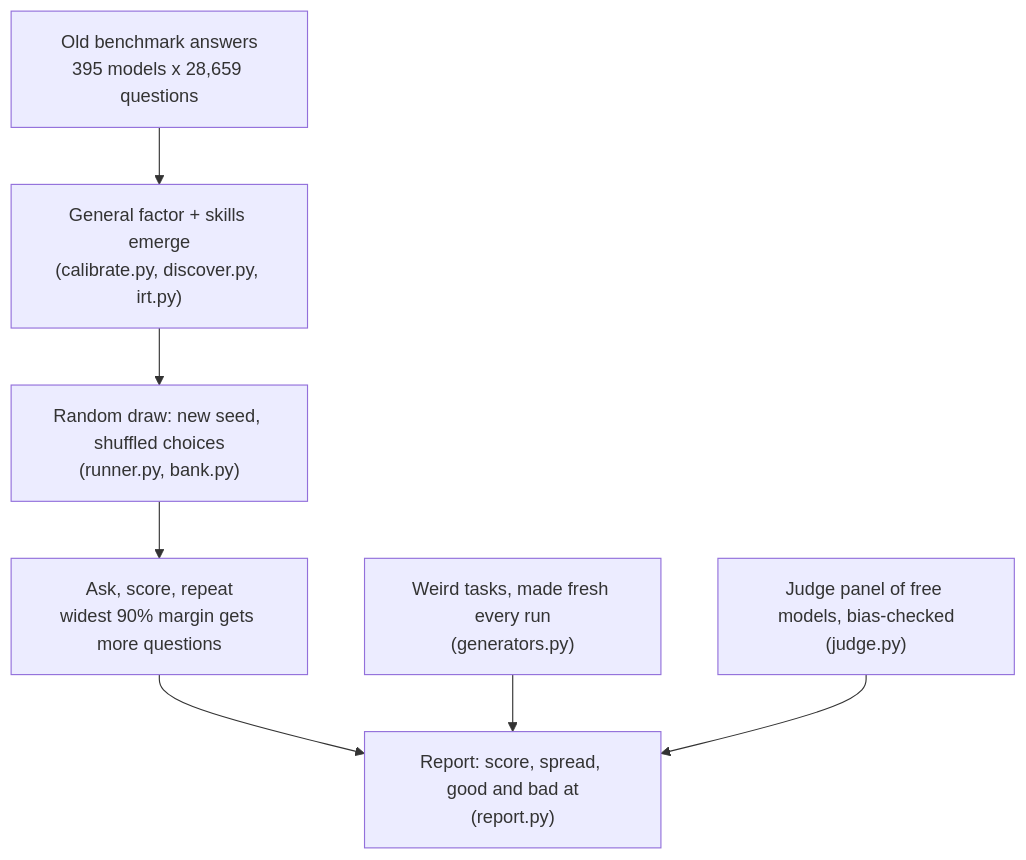
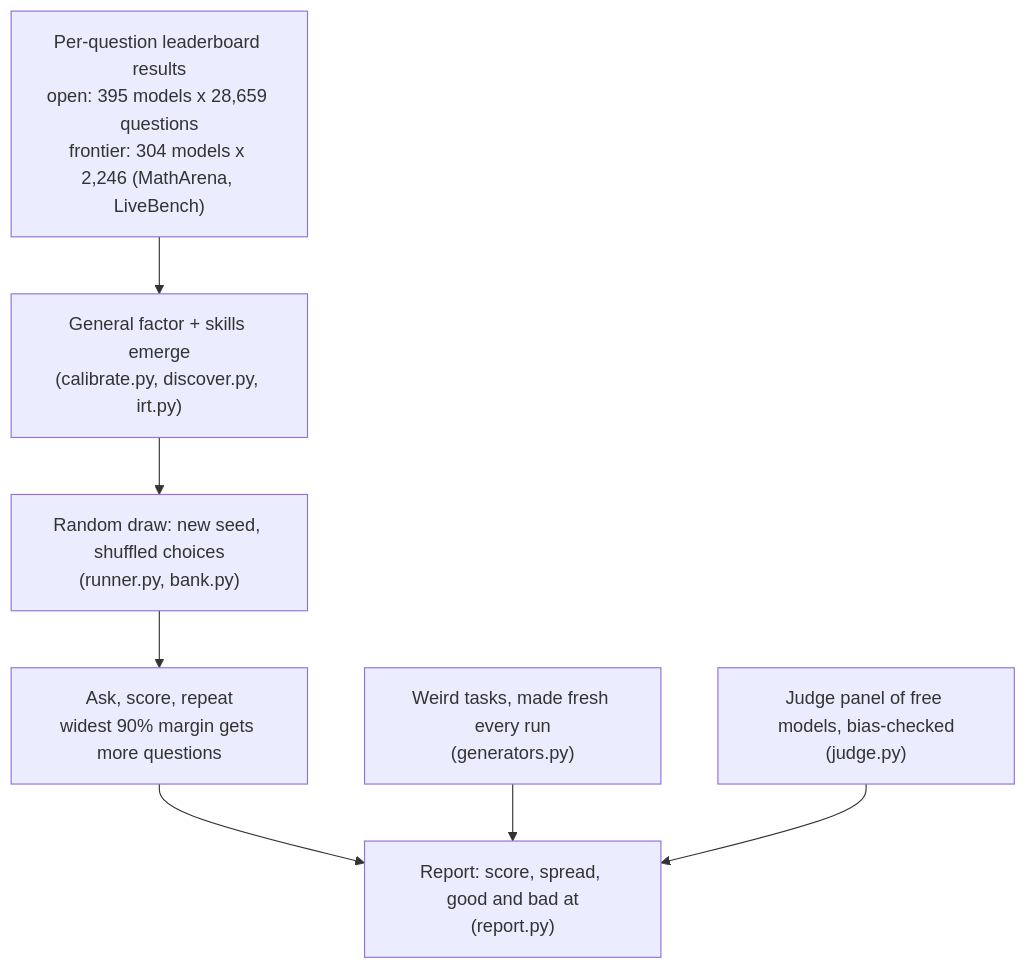
The diagram in README.md (Questboy23/gfactor-bench), drawn with Mermaid before and after one commit. The commit also changed other lines of this file and 13 other files, not shown here.

First line of the commit message:
Frontier bank: MathArena olympiad math + LiveBench, missing-data fit

````diff
--- a/README.md
+++ b/README.md
@@ -16,9 +25,9 @@
 ```mermaid
 flowchart TD
-  A["Old benchmark answers<br/>395 models x 28,659 questions"] --> B["General factor + skills emerge<br/>(calibrate.py, discover.py, irt.py)"]
+  A["Per-question leaderboard results<br/>open: 395 models x 28,659 questions<br/>frontier: 304 models x 2,246 (MathArena, LiveBench)"] --> B["General factor + skills emerge<br/>(calibrate.py, discover.py, irt.py)"]
   B --> C["Random draw: new seed, shuffled choices<br/>(runner.py, bank.py)"]
   C --> D["Ask, score, repeat<br/>widest 90% margin gets more questions"]
   D --> R["Report: score, spread, good and bad at<br/>(report.py)"]
   W["Weird tasks, made fresh every run<br/>(generators.py)"] --> R
   J["Judge panel of free models, bias-checked<br/>(judge.py)"] --> R
 ```
````
